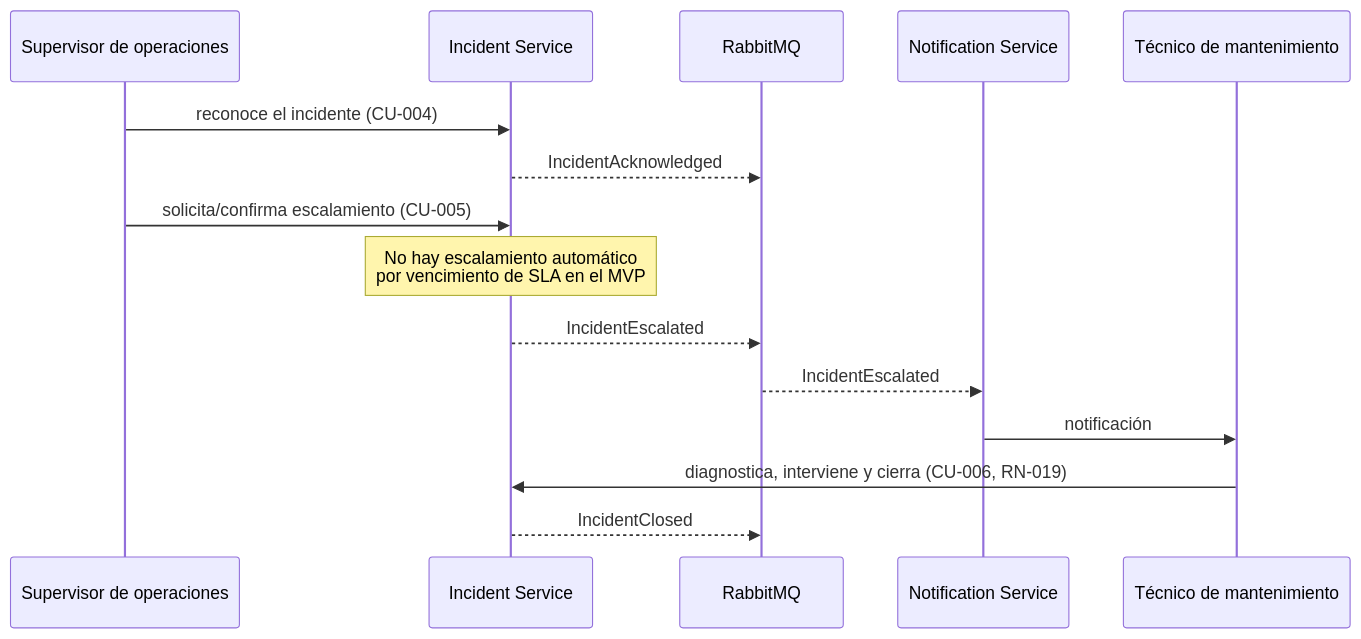
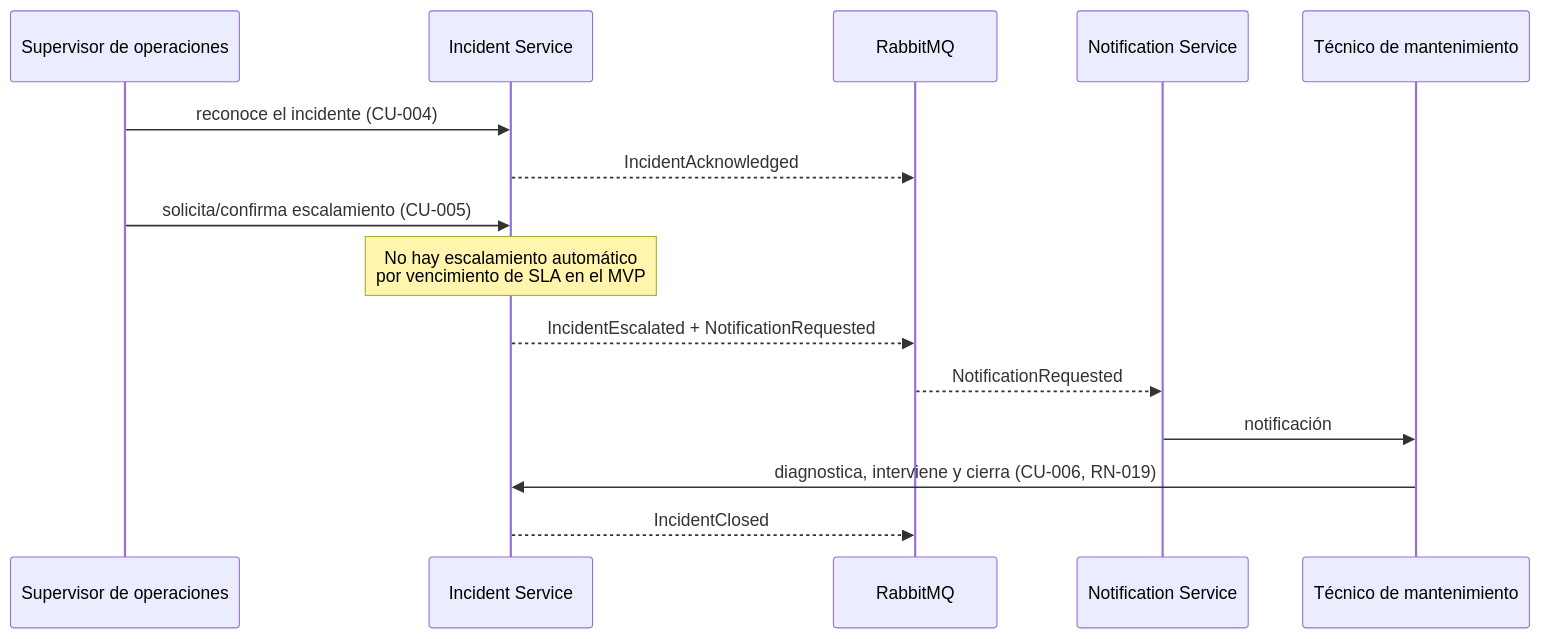
The third of 4 diagrams in docs/architecture/event-flow.md (marcomiler/coldguard-platform), drawn with Mermaid before and after one commit. The commit also changed other lines of this file and 35 other files, not shown here.

First line of the commit message:
feat: add telemetry threshold breach event schema and gRPC contracts

````diff
--- a/docs/architecture/event-flow.md
+++ b/docs/architecture/event-flow.md
@@ -69,18 +69,18 @@
 ```mermaid
 sequenceDiagram
   participant Sup as Supervisor de operaciones
   participant IS as Incident Service
   participant MQ as RabbitMQ
   participant NS as Notification Service
   participant Tec as Técnico de mantenimiento
 
   Sup->>IS: reconoce el incidente (CU-004)
   IS-->>MQ: IncidentAcknowledged
   Sup->>IS: solicita/confirma escalamiento (CU-005)
   Note over IS: No hay escalamiento automático<br/>por vencimiento de SLA en el MVP
-  IS-->>MQ: IncidentEscalated
-  MQ-->>NS: IncidentEscalated
+  IS-->>MQ: IncidentEscalated + NotificationRequested
+  MQ-->>NS: NotificationRequested
   NS->>Tec: notificación
   Tec->>IS: diagnostica, interviene y cierra (CU-006, RN-019)
   IS-->>MQ: IncidentClosed
 ```
````
